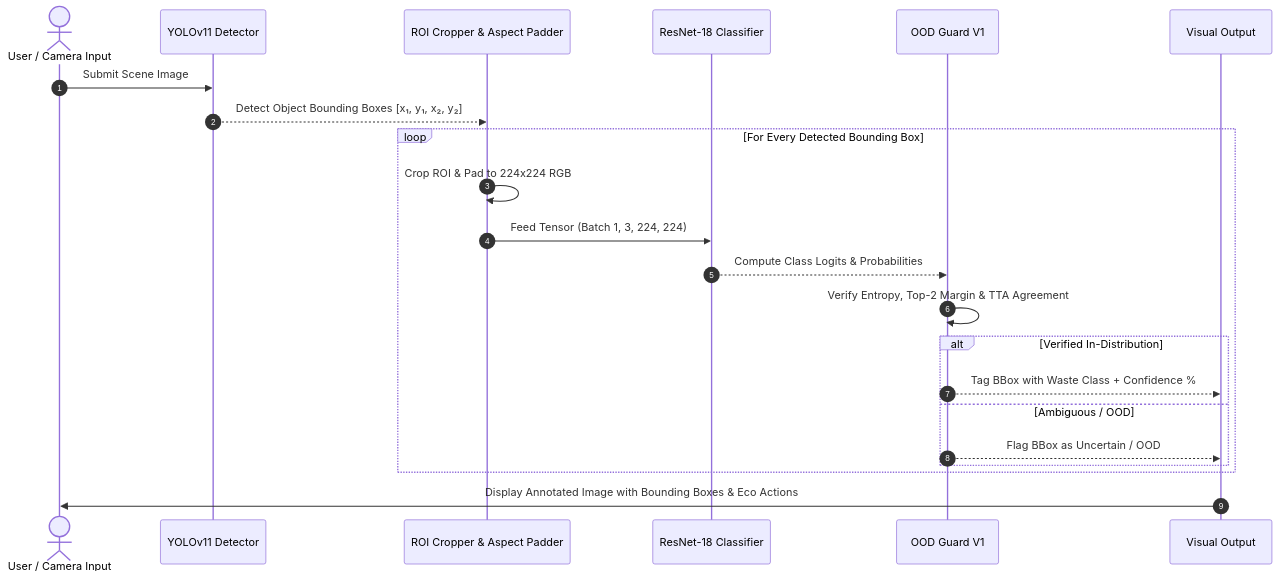
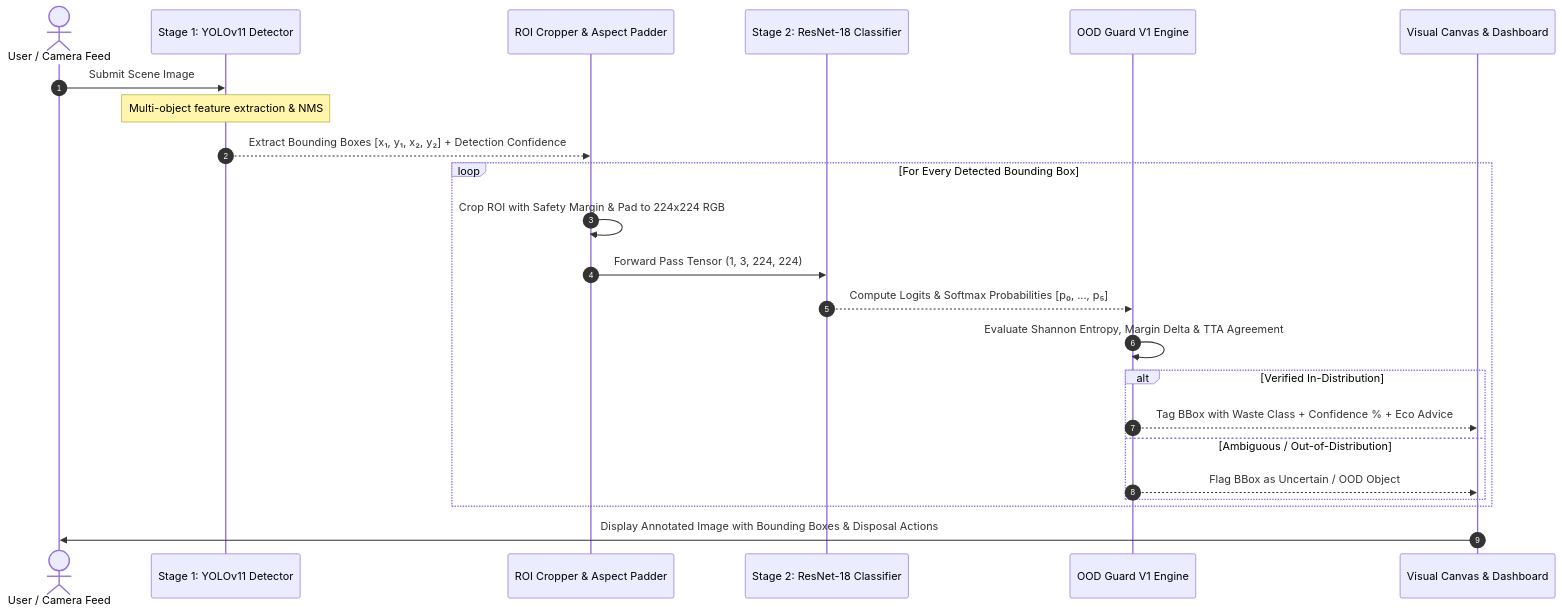
One commit to Snigdha-0210/Smart_Waste_Classifier changed the second of 3 diagrams in README.md. Above: the diagram before and after it, drawn with Mermaid. The commit also changed other lines of this file and 22 other files, not shown here.

Commit message:
docs: overhaul README and ARCHITECTURE with Mermaid diagrams, visual asset showcase, and benchmark tables

````diff
--- a/README.md
+++ b/README.md
@@ -117,25 +147,28 @@
 ```mermaid
 sequenceDiagram
     autonumber
-    actor User as User / Camera Input
-    participant YOLO as YOLOv11 Detector
+    actor User as User / Camera Feed
+    participant YOLO as Stage 1: YOLOv11 Detector
     participant Crop as ROI Cropper & Aspect Padder
-    participant ResNet as ResNet-18 Classifier
-    participant OOD as OOD Guard V1
-    participant UI as Visual Output
+    participant ResNet as Stage 2: ResNet-18 Classifier
+    participant OOD as OOD Guard V1 Engine
+    participant UI as Visual Canvas & Dashboard
 
     User->>YOLO: Submit Scene Image
-    YOLO-->>Crop: Detect Object Bounding Boxes [x₁, y₁, x₂, y₂]
+    Note over YOLO: Multi-object feature extraction & NMS
+    YOLO-->>Crop: Extract Bounding Boxes [x₁, y₁, x₂, y₂] + Detection Confidence
+    
     loop For Every Detected Bounding Box
-        Crop->>Crop: Crop ROI & Pad to 224x224 RGB
-        Crop->>ResNet: Feed Tensor (Batch 1, 3, 224, 224)
-        ResNet-->>OOD: Compute Class Logits & Probabilities
-        OOD->>OOD: Verify Entropy, Top-2 Margin & TTA Agreement
+        Crop->>Crop: Crop ROI with Safety Margin & Pad to 224x224 RGB
+        Crop->>ResNet: Forward Pass Tensor (1, 3, 224, 224)
+        ResNet-->>OOD: Compute Logits & Softmax Probabilities [p₀, ..., p₅]
+        OOD->>OOD: Evaluate Shannon Entropy, Margin Delta & TTA Agreement
         alt Verified In-Distribution
-            OOD-->>UI: Tag BBox with Waste Class + Confidence %
-        else Ambiguous / OOD
-            OOD-->>UI: Flag BBox as Uncertain / OOD
+            OOD-->>UI: Tag BBox with Waste Class + Confidence % + Eco Advice
+        else Ambiguous / Out-of-Distribution
+            OOD-->>UI: Flag BBox as Uncertain / OOD Object
         end
     end
-    UI->>User: Display Annotated Image with Bounding Boxes & Eco Actions
+    
+    UI->>User: Display Annotated Image with Bounding Boxes & Disposal Actions
 ```
````
